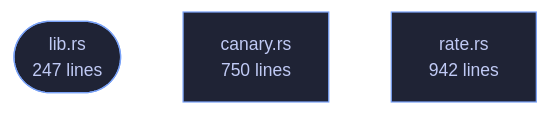
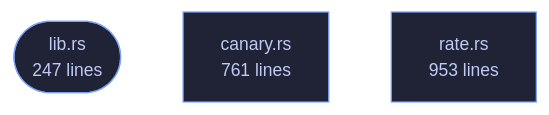
The diagram in wiki/Crate-veilvoice-sentry.md (tilas01/veilvoice), drawn with Mermaid before and after one commit. The commit also changed other lines of this file and 487 other files, not shown here.

````diff
--- a/wiki/Crate-veilvoice-sentry.md
+++ b/wiki/Crate-veilvoice-sentry.md
@@ -100,10 +100,10 @@
 ```mermaid
 %%{init: {"theme":"base","themeVariables":{"background":"#1a1b26","primaryColor":"#1f2335","primaryTextColor":"#c0caf5","primaryBorderColor":"#7aa2f7","secondaryColor":"#16161e","tertiaryColor":"#16161e","lineColor":"#737aa2","textColor":"#c0caf5","mainBkg":"#1f2335","nodeBorder":"#7aa2f7","clusterBkg":"#16161e","clusterBorder":"#2f3549","fontFamily":"ui-monospace, SFMono-Regular, Consolas, monospace","fontSize":"14px"}}}%%
 flowchart TD
     n_lib(["lib.rs<br/>247 lines"])
-    n_canary["canary.rs<br/>750 lines"]
-    n_rate["rate.rs<br/>942 lines"]
+    n_canary["canary.rs<br/>761 lines"]
+    n_rate["rate.rs<br/>953 lines"]
     click n_lib href "https://github.com/tilas01/veilvoice/blob/main/crates/veilvoice-sentry/src/lib.rs" "open the source"
     click n_canary href "https://github.com/tilas01/veilvoice/blob/main/crates/veilvoice-sentry/src/canary.rs" "open the source"
     click n_rate href "https://github.com/tilas01/veilvoice/blob/main/crates/veilvoice-sentry/src/rate.rs" "open the source"
 ```
````
